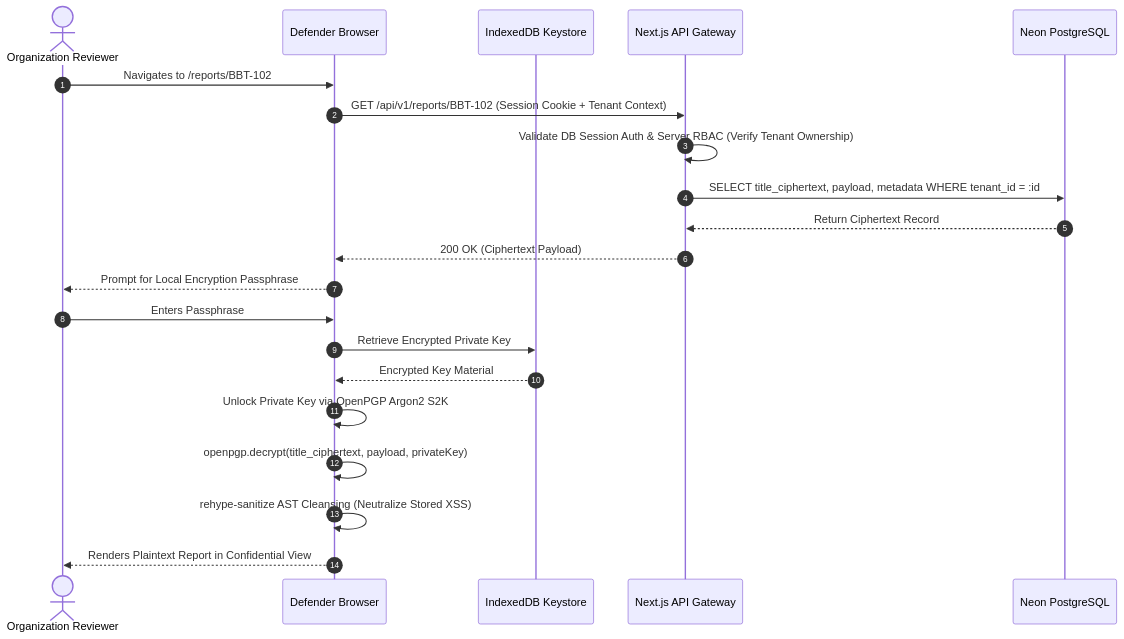
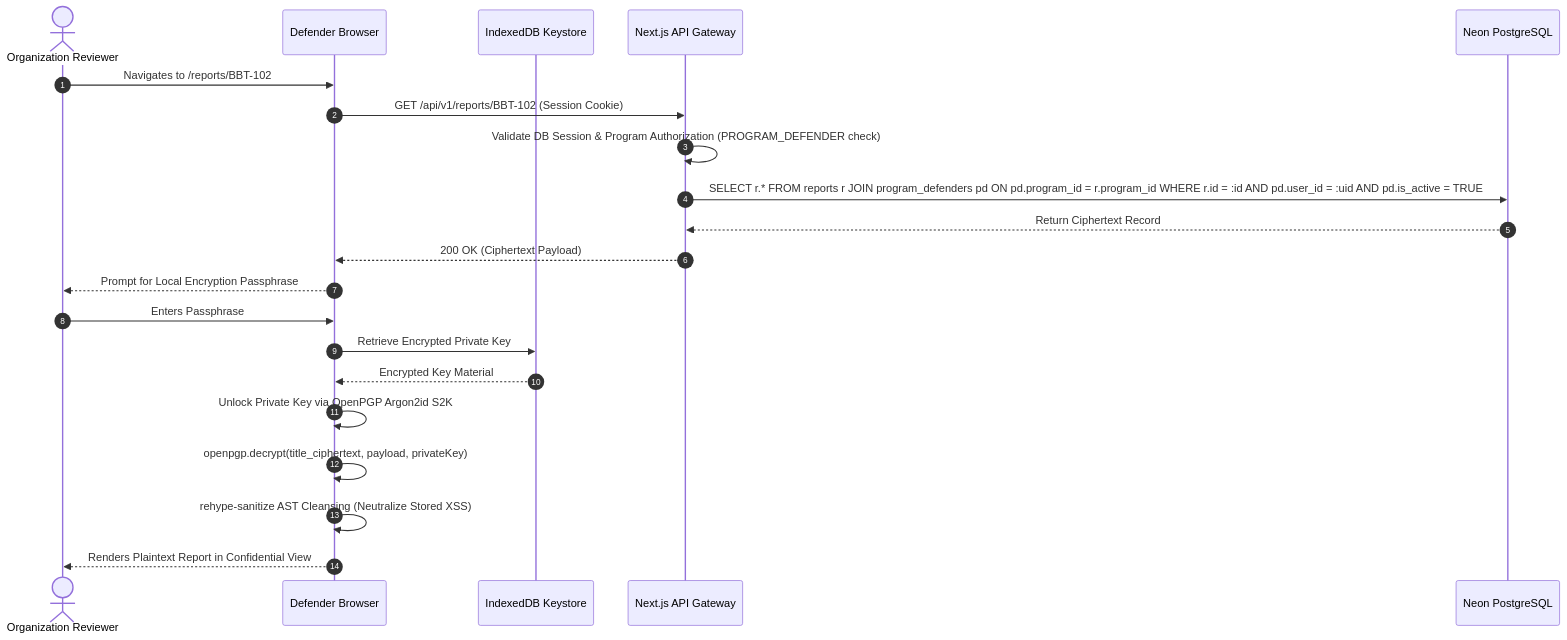
Before and after one commit to Taha-Asad/BugBountyTracker: the fourth of 6 diagrams in requirements/SRS.md, drawn with Mermaid. The commit also changed other lines of this file and 27 other files, not shown here.

Commit message:
fix(spec): standardize RFC 9580 v6 keys, guest recovery bundle, program-defender rules, and section SET-B

````diff
--- a/requirements/SRS.md
+++ b/requirements/SRS.md
@@ -446,24 +460,24 @@
 ```mermaid
 sequenceDiagram
     autonumber
     actor Defender as Organization Reviewer
     participant Browser as Defender Browser
     participant KeyStore as IndexedDB Keystore
     participant Server as Next.js API Gateway
     participant DB as Neon PostgreSQL
 
     Defender->>Browser: Navigates to /reports/BBT-102
-    Browser->>Server: GET /api/v1/reports/BBT-102 (Session Cookie + Tenant Context)
-    Server->>Server: Validate DB Session Auth & Server RBAC (Verify Tenant Ownership)
-    Server->>DB: SELECT title_ciphertext, payload, metadata WHERE tenant_id = :id
+    Browser->>Server: GET /api/v1/reports/BBT-102 (Session Cookie)
+    Server->>Server: Validate DB Session & Program Authorization (PROGRAM_DEFENDER check)
+    Server->>DB: SELECT r.* FROM reports r JOIN program_defenders pd ON pd.program_id = r.program_id WHERE r.id = :id AND pd.user_id = :uid AND pd.is_active = TRUE
     DB-->>Server: Return Ciphertext Record
     Server-->>Browser: 200 OK (Ciphertext Payload)
     Browser-->>Defender: Prompt for Local Encryption Passphrase
     Defender->>Browser: Enters Passphrase
     Browser->>KeyStore: Retrieve Encrypted Private Key
     KeyStore-->>Browser: Encrypted Key Material
-    Browser->>Browser: Unlock Private Key via OpenPGP Argon2 S2K
+    Browser->>Browser: Unlock Private Key via OpenPGP Argon2id S2K
     Browser->>Browser: openpgp.decrypt(title_ciphertext, payload, privateKey)
     Browser->>Browser: rehype-sanitize AST Cleansing (Neutralize Stored XSS)
     Browser-->>Defender: Renders Plaintext Report in Confidential View
 ```
````
